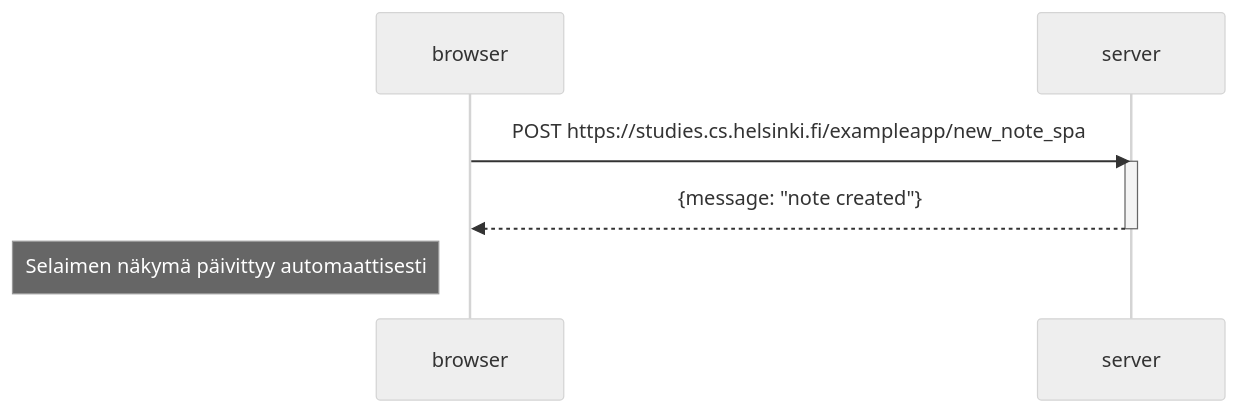
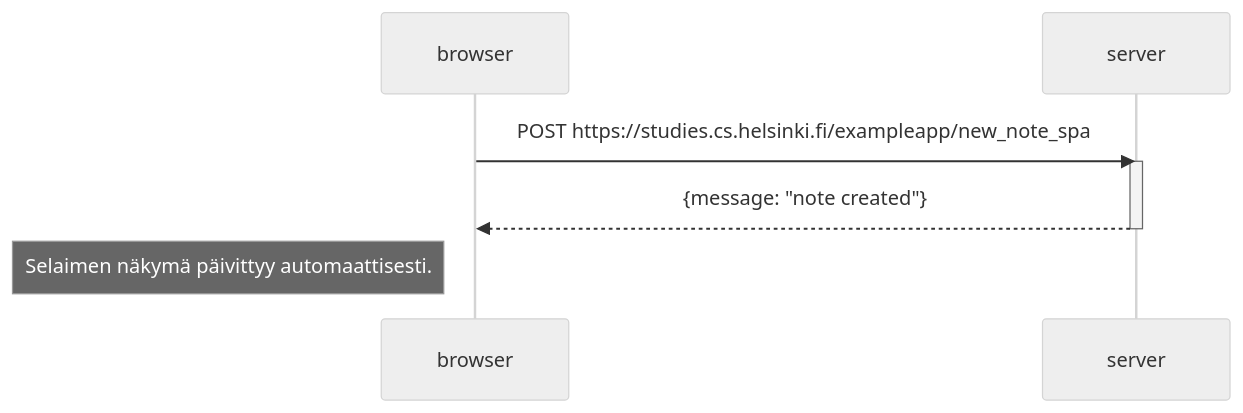
Before and after one commit to hennasavilahti/fullstack-open-2023: the diagram in part0/0.6.md, drawn with Mermaid (neutral theme). The commit also changed 2 other files, not shown here.

Commit message:
Finished part 0

````diff
--- a/part0/0.6.md
+++ b/part0/0.6.md
@@ -1,11 +1,11 @@
 ```mermaid
 sequenceDiagram
     participant browser
     participant server
 
     browser->>server:POST https://studies.cs.helsinki.fi/exampleapp/new_note_spa;
     activate server
     server-->>browser:{message: "note created"}
     deactivate server
-    Note left of browser: Selaimen näkymä päivittyy automaattisesti
+    Note left of browser: Selaimen näkymä päivittyy automaattisesti.
 ```
````
